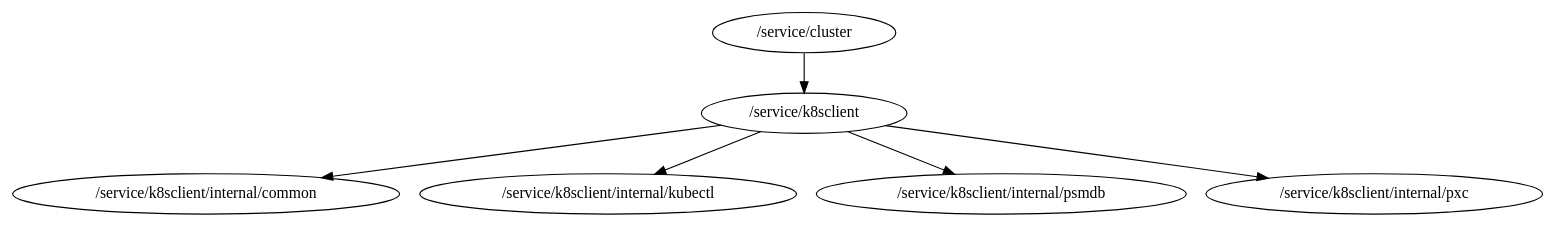
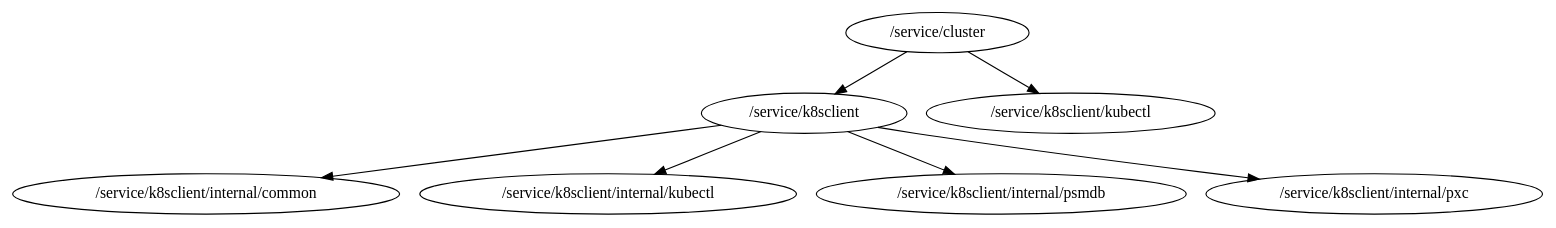
Before and after one commit to percona/dbaas-controller: the diagram in packages.dot, drawn with Graphviz. The commit also changed 5 other files, not shown here.

```diff
--- a/packages.dot
+++ b/packages.dot
@@ -1,7 +1,8 @@
 digraph packages {
 	"/service/cluster" -> "/service/k8sclient";
+	"/service/cluster" -> "/service/k8sclient/kubectl";
 	"/service/k8sclient" -> "/service/k8sclient/internal/common";
 	"/service/k8sclient" -> "/service/k8sclient/internal/kubectl";
 	"/service/k8sclient" -> "/service/k8sclient/internal/psmdb";
 	"/service/k8sclient" -> "/service/k8sclient/internal/pxc";
 }
```
